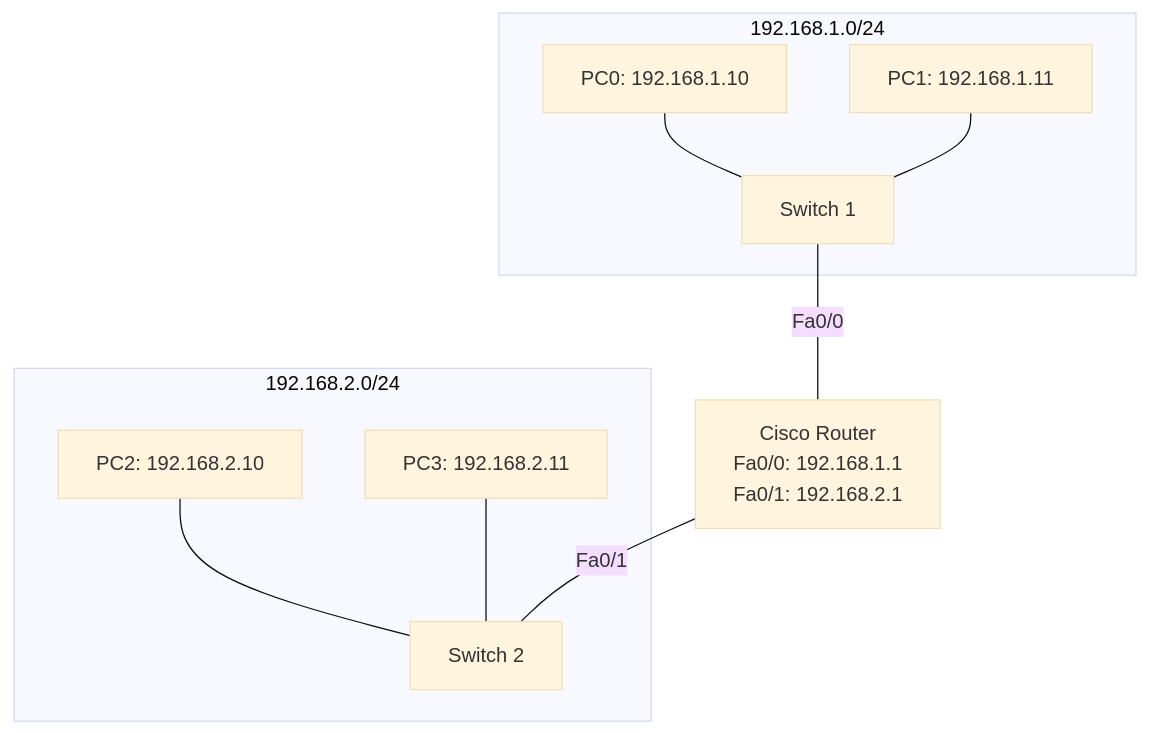
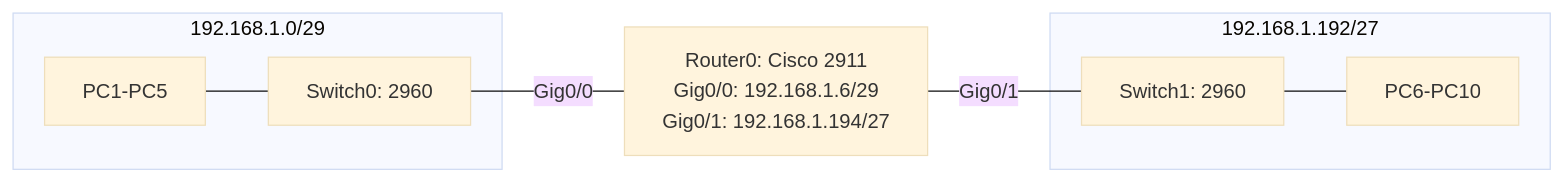
One commit to ertval/deep-in-net changed the fifth of 9 diagrams in README.md. Above: the diagram before and after it, drawn with Mermaid (base theme). The commit also changed other lines of this file and 13 other files, not shown here.

````diff
--- a/README.md
+++ b/README.md
@@ -541,13 +520,11 @@
 ```mermaid
-graph TD
-    subgraph Subnet 1 [192.168.1.0/24]
-        PC0[PC0: 192.168.1.10] --- SW1[Switch 1]
-        PC1[PC1: 192.168.1.11] --- SW1
+graph LR
+    subgraph LAN 1 [192.168.1.0/29]
+        PCs1[PC1-PC5] --- SW0[Switch0: 2960]
     end
-    subgraph Subnet 2 [192.168.2.0/24]
-        PC2[PC2: 192.168.2.10] --- SW2[Switch 2]
-        PC3[PC3: 192.168.2.11] --- SW2
+    subgraph LAN 2 [192.168.1.192/27]
+        SW1[Switch1: 2960] --- PCs2[PC6-PC10]
     end
-    SW1 ---|Fa0/0| R1[Cisco Router<br/>Fa0/0: 192.168.1.1<br/>Fa0/1: 192.168.2.1]
-    R1 ---|Fa0/1| SW2
+    SW0 ---|Gig0/0| R0[Router0: Cisco 2911<br/>Gig0/0: 192.168.1.6/29<br/>Gig0/1: 192.168.1.194/27]
+    R0 ---|Gig0/1| SW1
 ```
````
